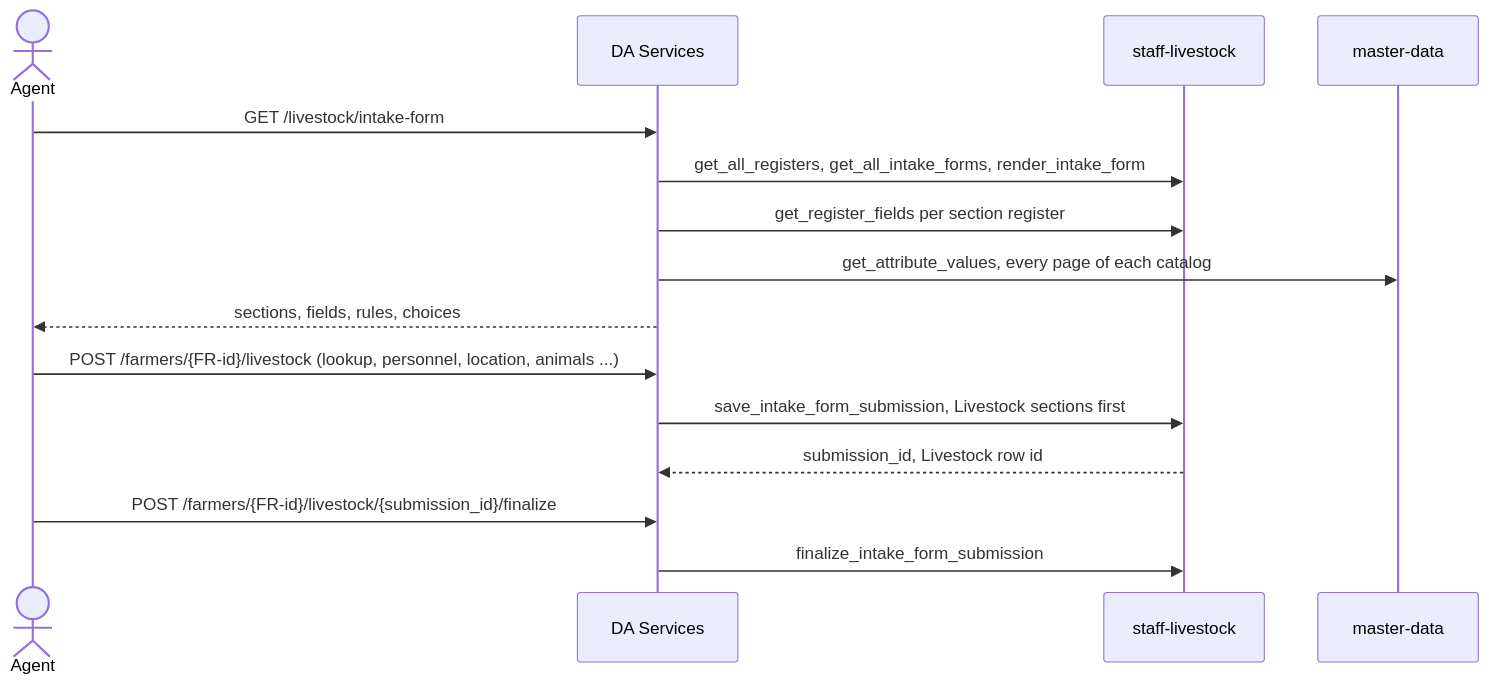
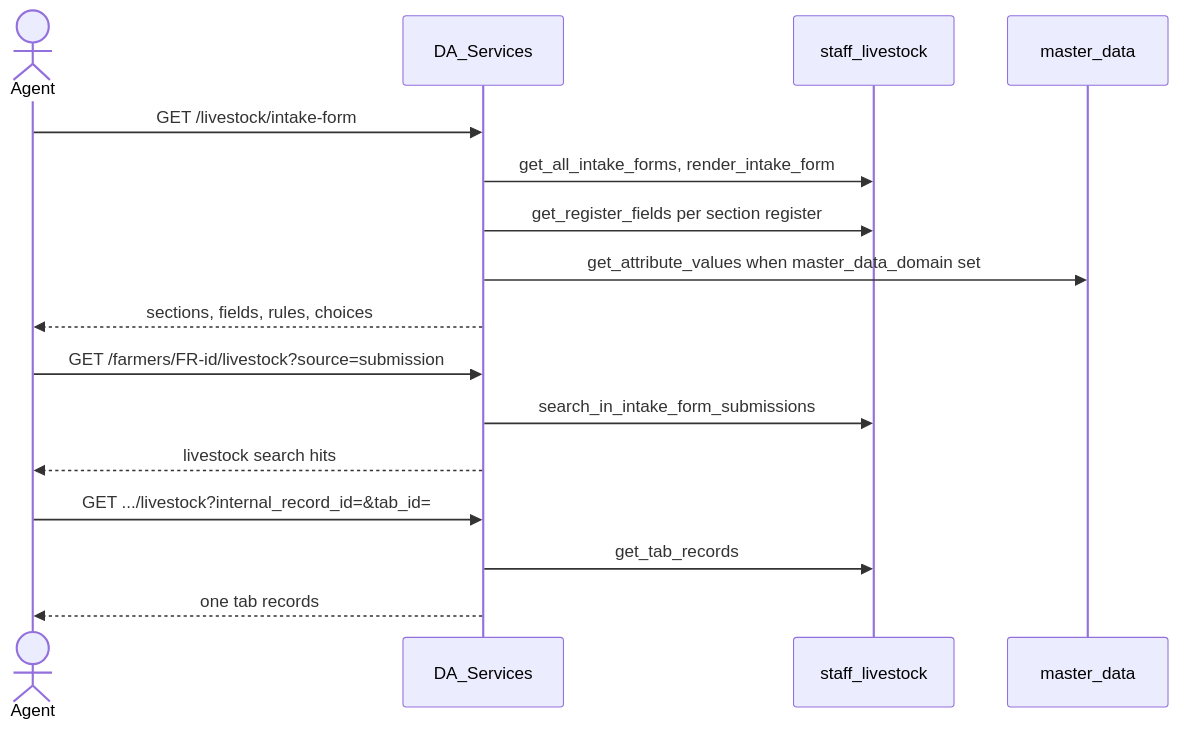
Before and after one commit to Centre-for-Open-Societal-Systems/oan_da_app_services: the diagram in docs/livestock-integration.md, drawn with Mermaid. The commit also changed other lines of this file and 24 other files, not shown here.

First line of the commit message:
feat: share Settings-owned staff registry client for Crop and Livestock GET (DA-437)

````diff
--- a/docs/livestock-integration.md
+++ b/docs/livestock-integration.md
@@ -66,19 +49,21 @@
 ```mermaid
 sequenceDiagram
   actor Agent
-  participant DA as DA Services
-  participant Staff as staff-livestock
-  participant MD as master-data
+  participant DA as DA_Services
+  participant Staff as staff_livestock
+  participant MD as master_data
 
   Agent->>DA: GET /livestock/intake-form
-  DA->>Staff: get_all_registers, get_all_intake_forms, render_intake_form
+  DA->>Staff: get_all_intake_forms, render_intake_form
   DA->>Staff: get_register_fields per section register
-  DA->>MD: get_attribute_values, every page of each catalog
+  DA->>MD: get_attribute_values when master_data_domain set
   DA-->>Agent: sections, fields, rules, choices
 
-  Agent->>DA: POST /farmers/{FR-id}/livestock (lookup, personnel, location, animals ...)
-  DA->>Staff: save_intake_form_submission, Livestock sections first
-  Staff-->>DA: submission_id, Livestock row id
-  Agent->>DA: POST /farmers/{FR-id}/livestock/{submission_id}/finalize
-  DA->>Staff: finalize_intake_form_submission
+  Agent->>DA: GET /farmers/FR-id/livestock?source=submission
+  DA->>Staff: search_in_intake_form_submissions
+  DA-->>Agent: livestock search hits
+
+  Agent->>DA: GET .../livestock?internal_record_id=&tab_id=
+  DA->>Staff: get_tab_records
+  DA-->>Agent: one tab records
 ```
````
